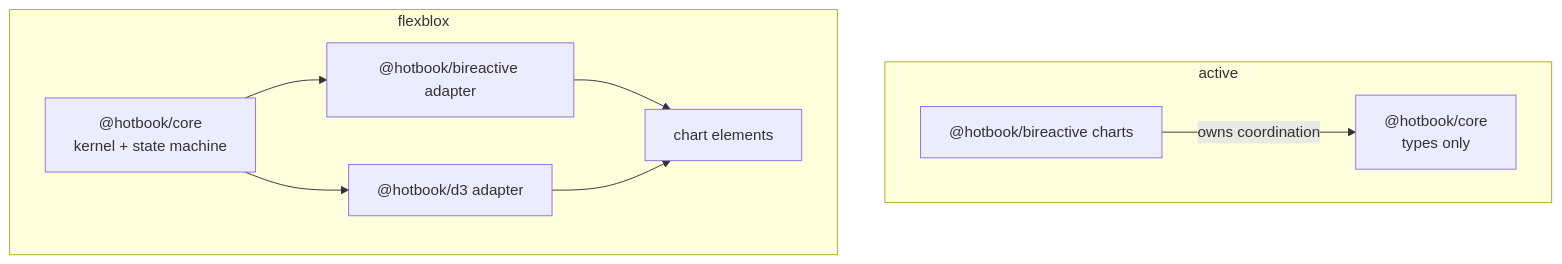
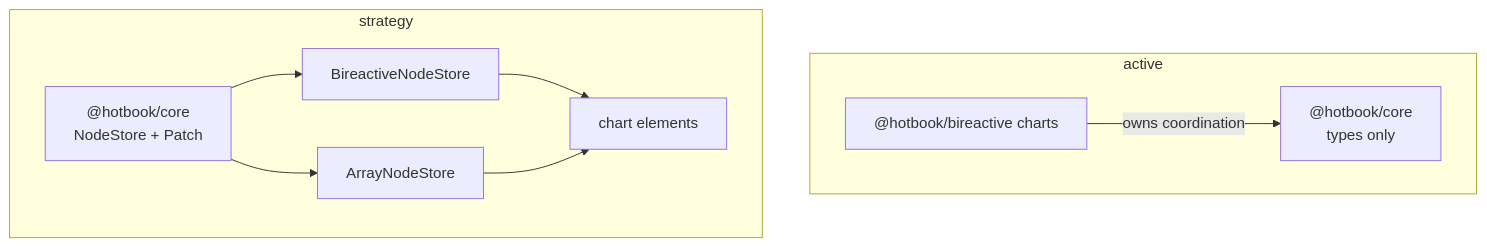
Before and after one commit to WinstonFassett/hotbook: the third of 5 diagrams in docs/reorg-whiteboard.md, drawn with Mermaid. The commit also changed other lines of this file, not shown here.

First line of the commit message:
docs: refactor reorg-whiteboard around NodeStore strategy pattern

````diff
--- a/docs/reorg-whiteboard.md
+++ b/docs/reorg-whiteboard.md
@@ -433,13 +234,13 @@
 ```mermaid
 flowchart TB
     subgraph active
       a1["@hotbook/bireactive charts"] -->|owns coordination| a2["@hotbook/core<br/>types only"]
     end
 
-    subgraph flexblox
-      f1["@hotbook/core<br/>kernel + state machine"] --> f2["@hotbook/bireactive adapter"]
-      f1 --> f3["@hotbook/d3 adapter"]
+    subgraph strategy
+      f1["@hotbook/core<br/>NodeStore + Patch"] --> f2["BireactiveNodeStore"]
+      f1 --> f3["ArrayNodeStore"]
       f2 --> f4["chart elements"]
       f3 --> f4
     end
 ```
````
